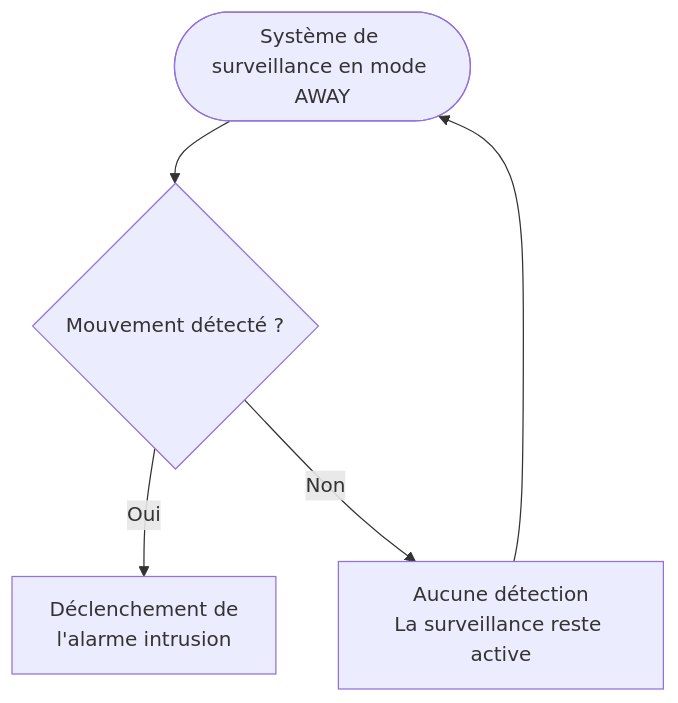
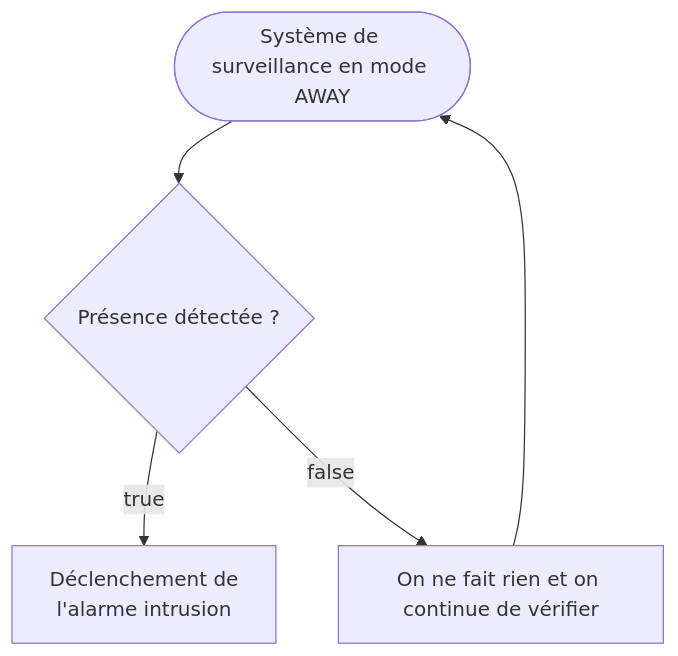
The third of 7 diagrams in architecture_numeriques_embarquees/STM32CubeIDE_v1.19.0/Rapport/Rapport.md (benoitdekeyn/E4SE_TD_TP), drawn with Mermaid before and after one commit. The commit also changed other lines of this file, not shown here.

````diff
--- a/architecture_numeriques_embarquees/STM32CubeIDE_v1.19.0/Rapport/Rapport.md
+++ b/architecture_numeriques_embarquees/STM32CubeIDE_v1.19.0/Rapport/Rapport.md
@@ -580,7 +587,7 @@
 ```mermaid
 flowchart TD
-    Surveillance([Système de surveillance en mode AWAY]) --> Condition_Mv{Mouvement détecté ?}
-    Condition_Mv -- "Oui" --> Alarme[Déclenchement de\nl'alarme intrusion]
-    Condition_Mv -- "Non" --> Ignorer[Aucune détection\nLa surveillance reste active]
+    Surveillance([Système de surveillance en mode AWAY]) --> Condition_Mv{Présence détectée ?}
+    Condition_Mv -- "true" --> Alarme[Déclenchement de\nl'alarme intrusion]
+    Condition_Mv -- "false" --> Ignorer[On ne fait rien et on continue de vérifier]
     Ignorer --> Surveillance
 ```
````
